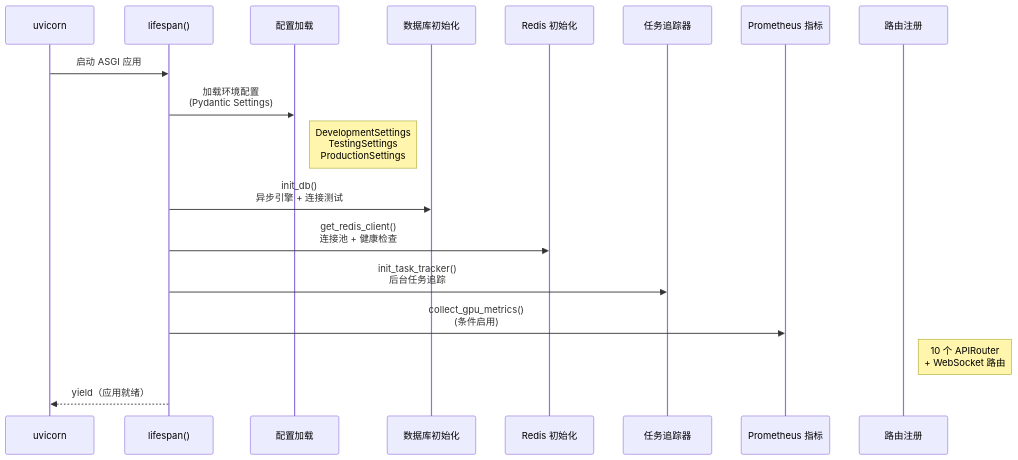
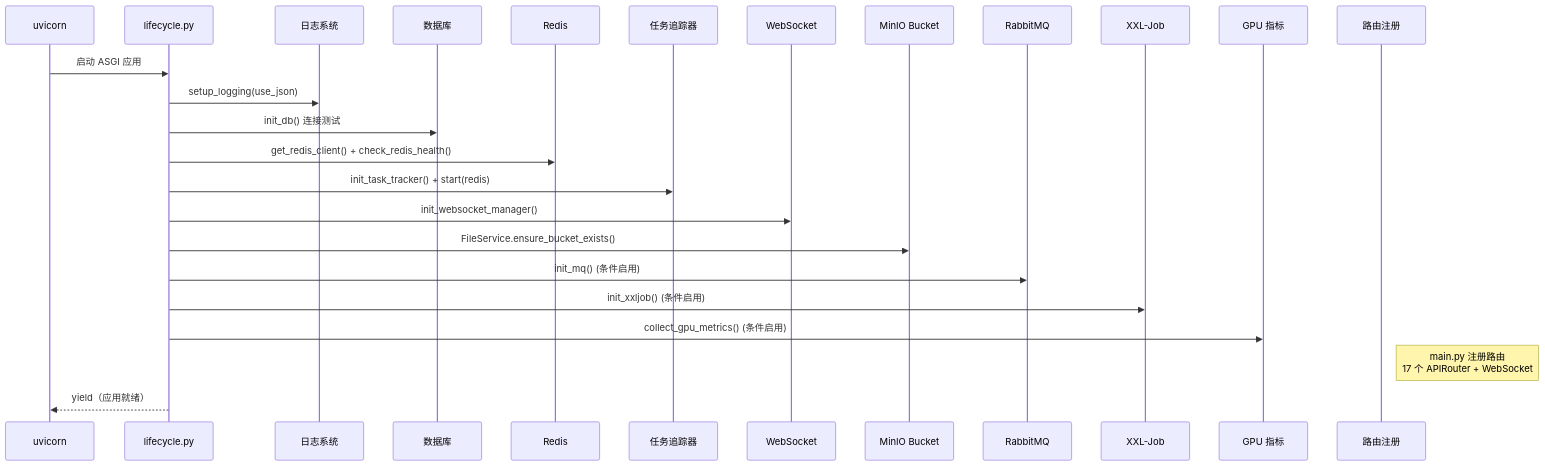
One commit to earthy-zinc/dehaze-system changed the fourth of 15 diagrams in dehaze-doc/docs/02-系统架构/08-后端基础设施设计(Python).md. Above: the diagram before and after it, drawn with Mermaid. The commit also changed other lines of this file and 10 other files, not shown here.

````diff
--- a/dehaze-doc/docs/02-系统架构/08-后端基础设施设计(Python).md
+++ b/dehaze-doc/docs/02-系统架构/08-后端基础设施设计(Python).md
@@ -219,21 +271,28 @@
 ```mermaid
 sequenceDiagram
     participant Uvicorn as uvicorn
-    participant Lifespan as lifespan()
-    participant Config as 配置加载
-    participant DB as 数据库初始化
-    participant Redis as Redis 初始化
+    participant Lifespan as lifecycle.py
+    participant Logging as 日志系统
+    participant DB as 数据库
+    participant Redis as Redis
     participant Tracker as 任务追踪器
-    participant Metrics as Prometheus 指标
-    participant Route as 路由注册
+    participant WS as WebSocket
+    participant MinIO as MinIO Bucket
+    participant MQ as RabbitMQ
+    participant XXL as XXL-Job
+    participant GPU as GPU 指标
+    Participant Router as 路由注册
 
     Uvicorn->>Lifespan: 启动 ASGI 应用
-    Lifespan->>Config: 加载环境配置<br/>(Pydantic Settings)
-    Note right of Config: DevelopmentSettings<br/>TestingSettings<br/>ProductionSettings
-    Lifespan->>DB: init_db()<br/>异步引擎 + 连接测试
-    Lifespan->>Redis: get_redis_client()<br/>连接池 + 健康检查
-    Lifespan->>Tracker: init_task_tracker()<br/>后台任务追踪
-    Lifespan->>Metrics: collect_gpu_metrics()<br/>(条件启用)
-    Note right of Route: 10 个 APIRouter<br/>+ WebSocket 路由
+    Lifespan->>Logging: setup_logging(use_json)
+    Lifespan->>DB: init_db() 连接测试
+    Lifespan->>Redis: get_redis_client() + check_redis_health()
+    Lifespan->>Tracker: init_task_tracker() + start(redis)
+    Lifespan->>WS: init_websocket_manager()
+    Lifespan->>MinIO: FileService.ensure_bucket_exists()
+    Lifespan->>MQ: init_mq() (条件启用)
+    Lifespan->>XXL: init_xxljob() (条件启用)
+    Lifespan->>GPU: collect_gpu_metrics() (条件启用)
+    Note right of Router: main.py 注册路由<br/>17 个 APIRouter + WebSocket
     Lifespan-->>Uvicorn: yield（应用就绪）
 ```
````
